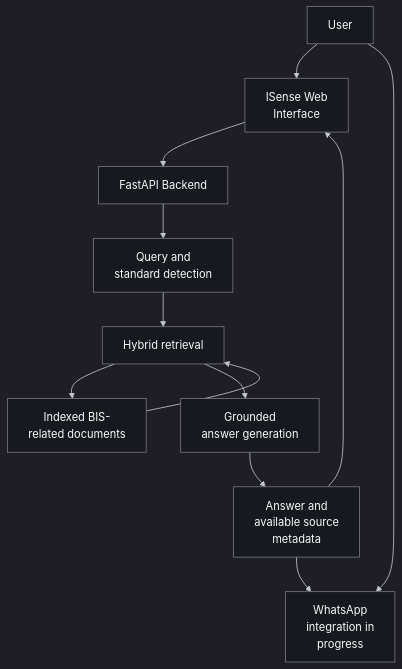
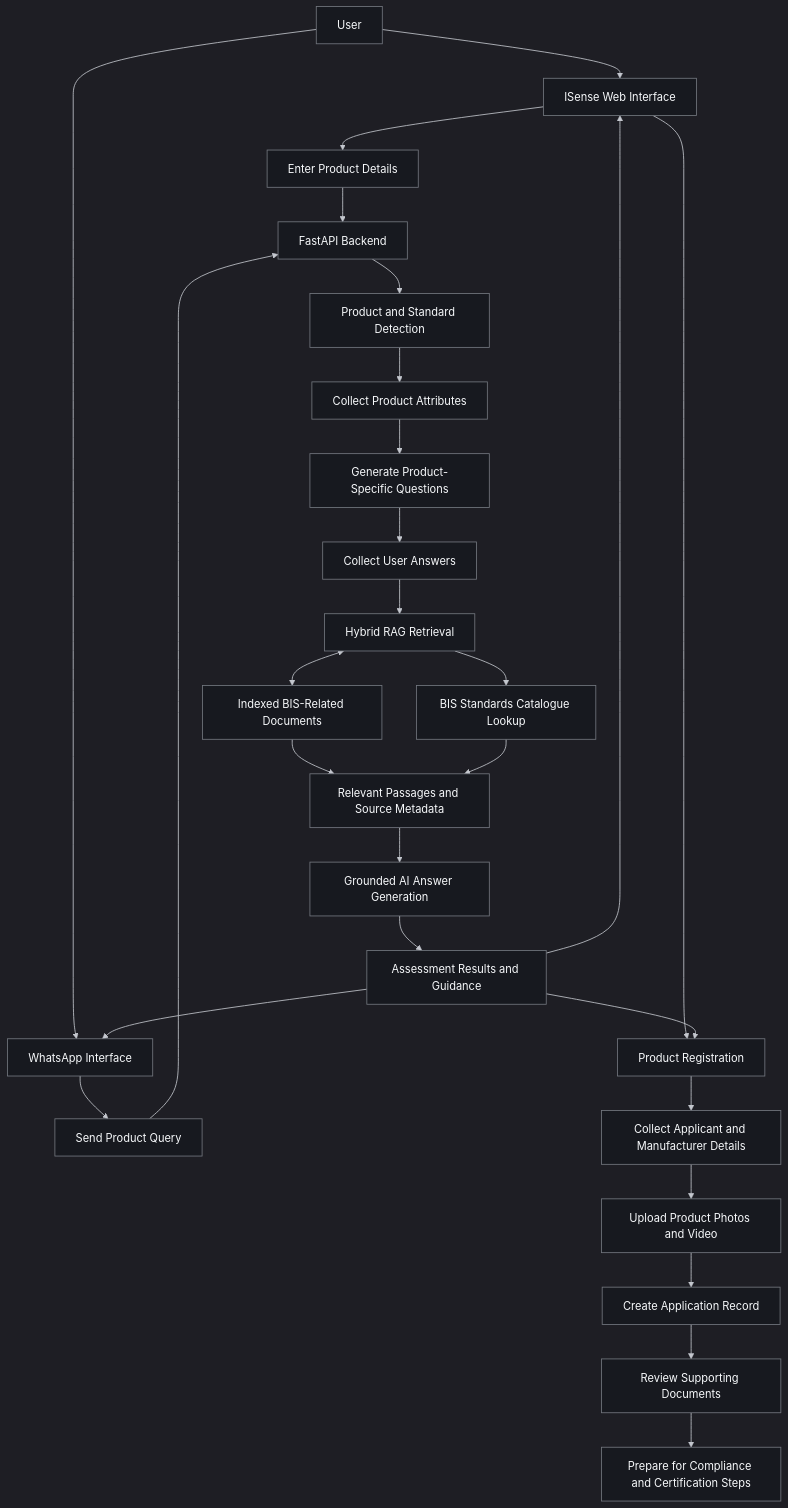
The diagram in README.md (Akashmathiyalagan/ISense), drawn with Mermaid before and after one commit.

Commit message:
Document complete ISense user workflow

```diff
--- a/README.md
+++ b/README.md
@@ -55,22 +55,39 @@
 ~~~mermaid
 %%{init: {"theme":"dark","themeVariables":{"background":"#0d1117","primaryColor":"#17191f","primaryTextColor":"#f8fafc","primaryBorderColor":"#73777f","lineColor":"#c4c7ce","secondaryColor":"#17191f","tertiaryColor":"#17191f","fontFamily":"Arial"}}}%%
 flowchart TD
-    U[User] --> UI[ISense Web<br/>Interface]
-    U --> WA[WhatsApp<br/>integration in<br/>progress]
+    U[User] --> UI[ISense Web Interface]
+    U --> WA[WhatsApp Interface]
 
-    UI --> API[FastAPI Backend]
-    API --> Q[Query and<br/>standard detection]
-    Q --> R[Hybrid retrieval]
+    UI --> P[Enter Product Details]
+    WA --> PWA[Send Product Query]
+    P --> API[FastAPI Backend]
+    PWA --> API
 
-    R --> KB[Indexed BIS-<br/>related documents]
-    KB --> R
-    R --> G[Grounded<br/>answer generation]
-    G --> C[Answer and<br/>available source<br/>metadata]
+    API --> Q[Product and Standard Detection]
+    Q --> D[Collect Product Attributes]
+    D --> QUEST[Generate Product-Specific Questions]
+    QUEST --> ANS[Collect User Answers]
+    ANS --> RET[Hybrid RAG Retrieval]
 
-    C --> UI
-    C --> WA
+    RET <--> KB[Indexed BIS-Related Documents]
+    RET --> CAT[BIS Standards Catalogue Lookup]
+    KB --> E[Relevant Passages and Source Metadata]
+    CAT --> E
+
+    E --> GEN[Grounded AI Answer Generation]
+    GEN --> RESULT[Assessment Results and Guidance]
+    RESULT --> UI
+    RESULT --> WA
+
+    UI --> REG[Product Registration]
+    RESULT --> REG
+    REG --> DETAILS[Collect Applicant and Manufacturer Details]
+    DETAILS --> MEDIA[Upload Product Photos and Video]
+    MEDIA --> APP[Create Application Record]
+    APP --> REVIEW[Review Supporting Documents]
+    REVIEW --> NEXT[Prepare for Compliance and Certification Steps]
 
     linkStyle default stroke:#c4c7ce,stroke-width:1.2px
     classDef node fill:#17191f,stroke:#73777f,color:#f8fafc,stroke-width:1.2px
-    class U,UI,WA,API,Q,R,KB,G,C node
+    class U,UI,WA,P,PWA,API,Q,D,QUEST,ANS,RET,KB,CAT,E,GEN,RESULT,REG,DETAILS,MEDIA,APP,REVIEW,NEXT node
 ~~~
```
